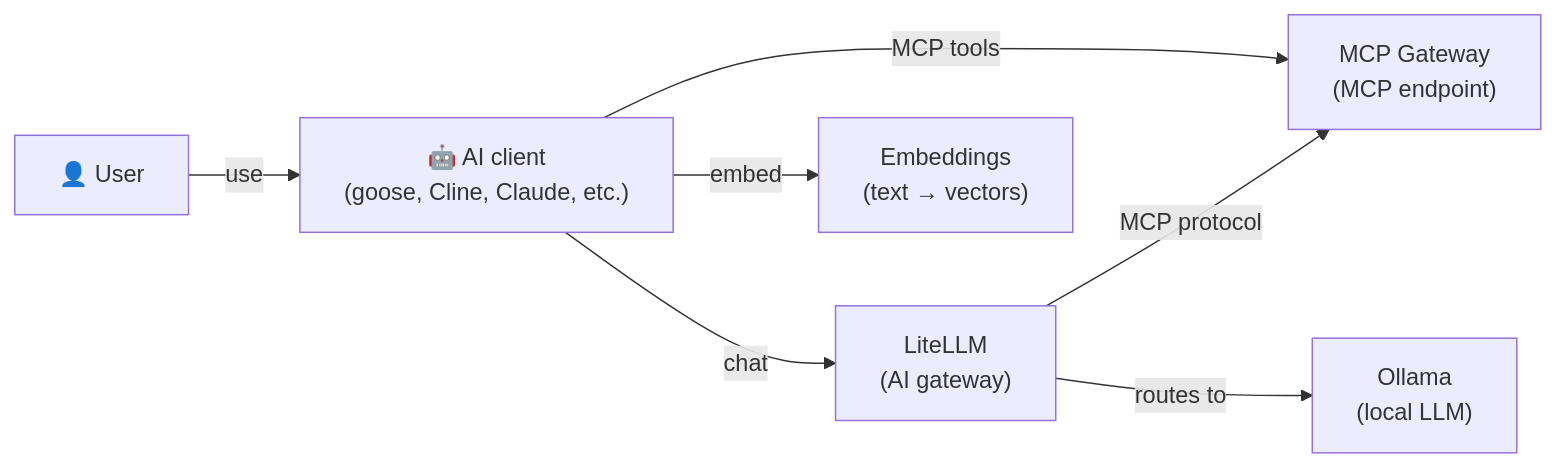
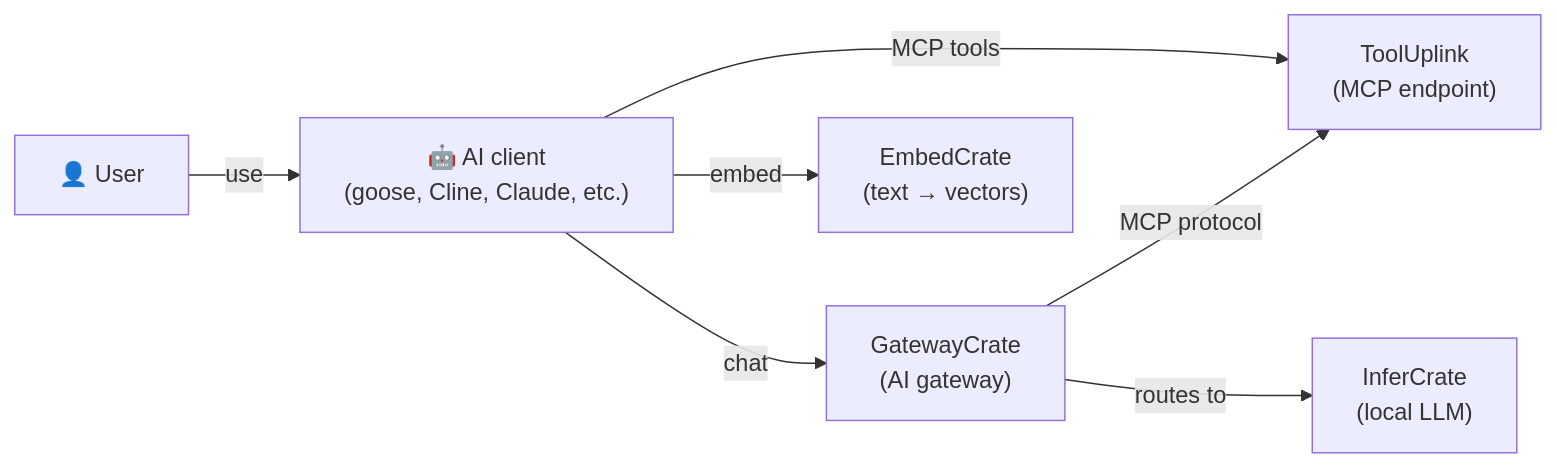
Before and after one commit to hwdsl2/self-hosted-ai-stack: the diagram in stacks/code-assistant/README.md, drawn with Mermaid. The commit also changed other lines of this file and 47 other files, not shown here.

````diff
--- a/stacks/code-assistant/README.md
+++ b/stacks/code-assistant/README.md
@@ -17,9 +17,9 @@
 ```mermaid
 graph LR
     U["👤 User"] -->|use| C["🤖 AI client<br/>(goose, Cline, Claude, etc.)"]
-    C -->|MCP tools| M["MCP Gateway<br/>(MCP endpoint)"]
-    C -->|chat| L["LiteLLM<br/>(AI gateway)"]
-    L -->|routes to| O["Ollama<br/>(local LLM)"]
+    C -->|MCP tools| M["ToolUplink<br/>(MCP endpoint)"]
+    C -->|chat| L["GatewayCrate<br/>(AI gateway)"]
+    L -->|routes to| O["InferCrate<br/>(local LLM)"]
     L -->|MCP protocol| M
-    C -->|embed| E["Embeddings<br/>(text → vectors)"]
+    C -->|embed| E["EmbedCrate<br/>(text → vectors)"]
 ```
````
